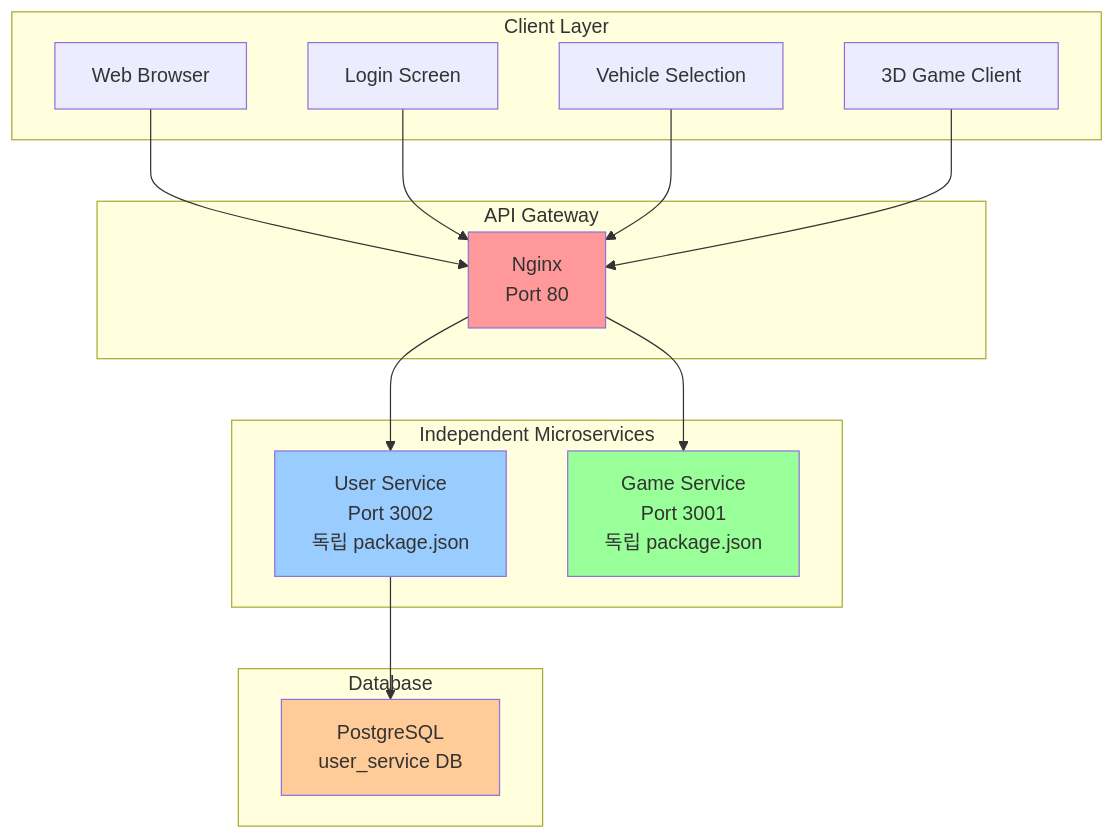
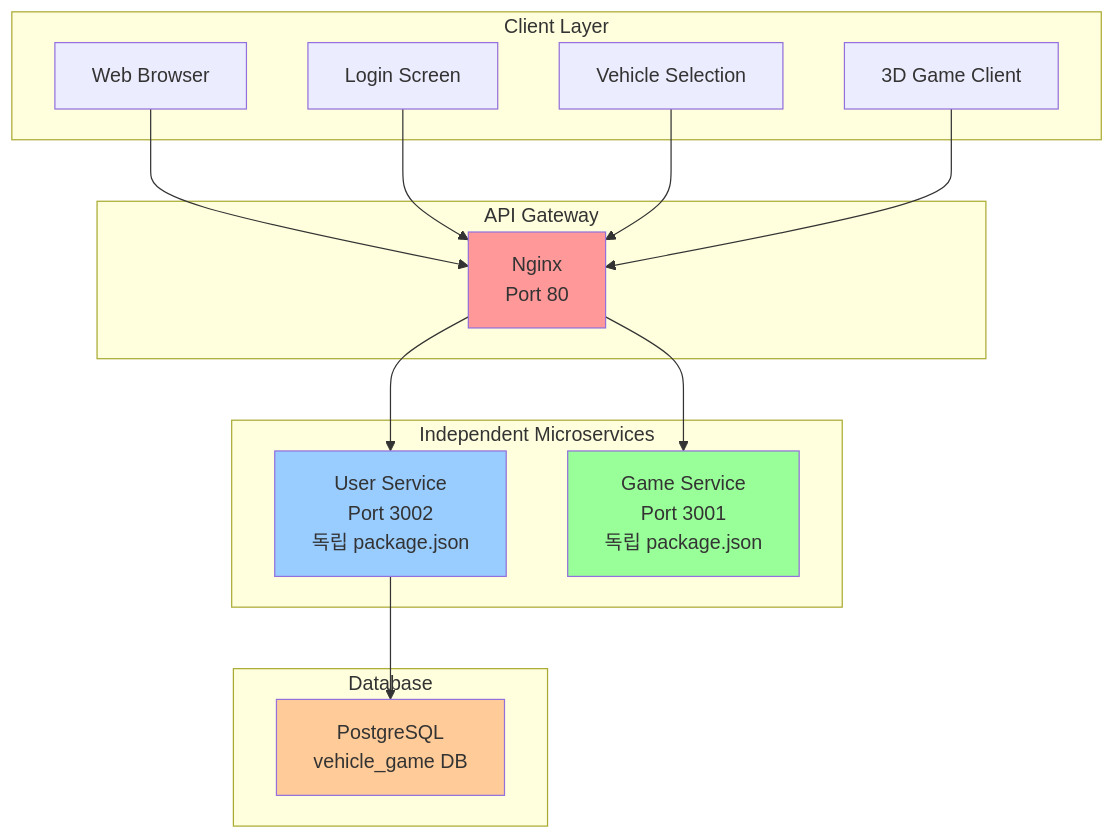
One commit to tanminkwan/test2 changed the first of 2 diagrams in README.md. Above: the diagram before and after it, drawn with Mermaid. The commit also changed other lines of this file and 19 other files, not shown here.

Commit message:
feat: Docker 마이크로서비스 환경 구성 및 보안 개선 - 단일 이미지로 User/Game 서비스 분리, PostgreSQL 자동 초기화, 보안 강화, Docker Compose 환경 구성

````diff
--- a/README.md
+++ b/README.md
@@ -13,37 +13,37 @@
 ```mermaid
 graph TB
     subgraph "Client Layer"
         A[Web Browser]
         B[Login Screen]
         C[Vehicle Selection]
         D[3D Game Client]
     end
     
     subgraph "API Gateway"
         E[Nginx<br/>Port 80]
     end
     
     subgraph "Independent Microservices"
         F[User Service<br/>Port 3002<br/>독립 package.json]
         G[Game Service<br/>Port 3001<br/>독립 package.json]
     end
     
     subgraph "Database"
-        H[PostgreSQL<br/>user_service DB]
+        H[PostgreSQL<br/>vehicle_game DB]
     end
     
     A --> E
     B --> E
     C --> E
     D --> E
     
     E --> F
     E --> G
     
     F --> H
     
     style E fill:#ff9999
     style F fill:#99ccff
     style G fill:#99ff99
     style H fill:#ffcc99
 ```
````
